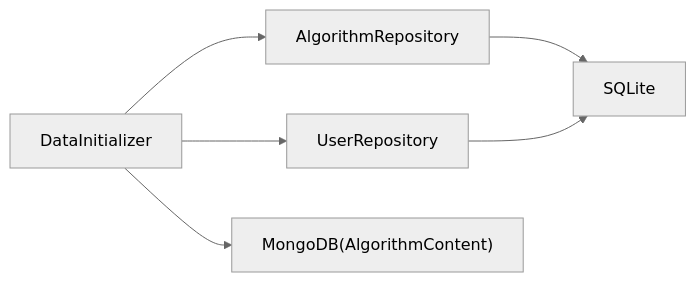
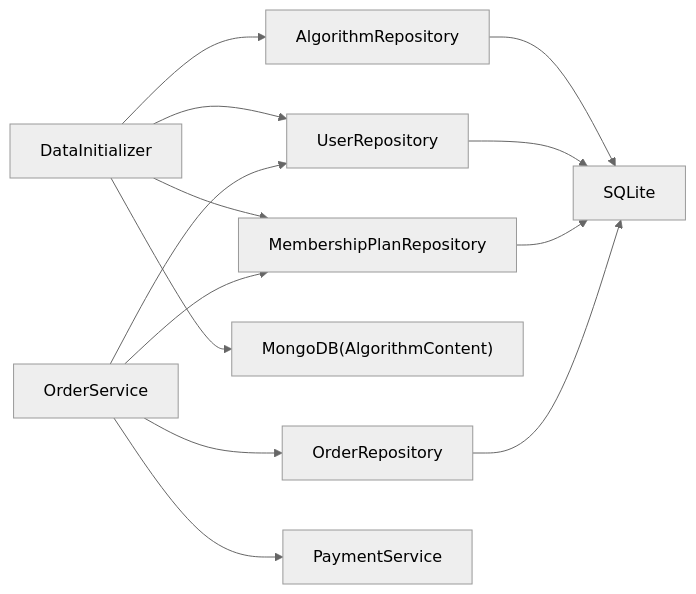
Before and after one commit to huangman881112/aiforip: the seventh of 7 diagrams in .qoder/repowiki/zh/content/数据库设计/数据库设计.md, drawn with Mermaid (neutral theme). The commit also changed other lines of this file and 69 other files, not shown here.

````diff
--- a/.qoder/repowiki/zh/content/数据库设计/数据库设计.md
+++ b/.qoder/repowiki/zh/content/数据库设计/数据库设计.md
@@ -372,8 +542,15 @@
 ```mermaid
 graph LR
 DI["DataInitializer"] --> AR["AlgorithmRepository"]
 DI --> UR["UserRepository"]
+DI --> MPR["MembershipPlanRepository"]
 DI --> MC["MongoDB(AlgorithmContent)"]
 AR --> DB["SQLite"]
 UR --> DB
+MPR --> DB
+OS["OrderService"] --> OR["OrderRepository"]
+OS --> MPR
+OS --> UR
+OS --> PS["PaymentService"]
+OR --> DB
 ```
````
